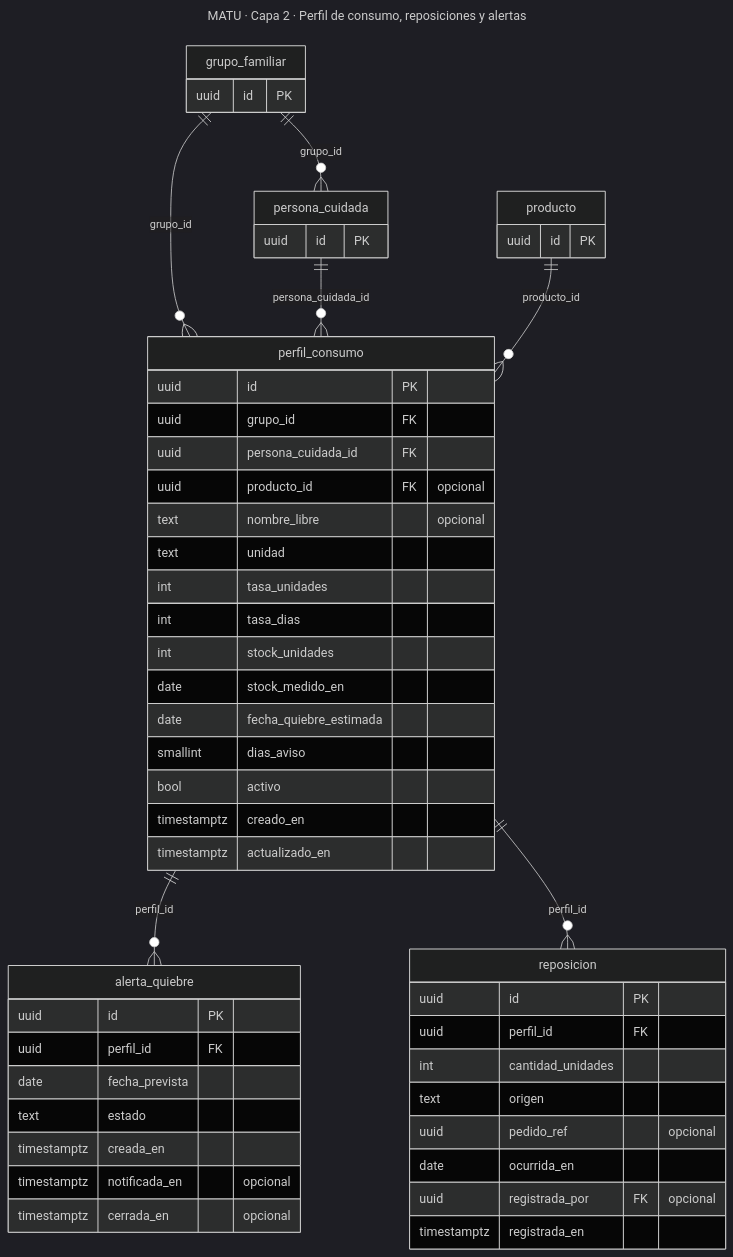
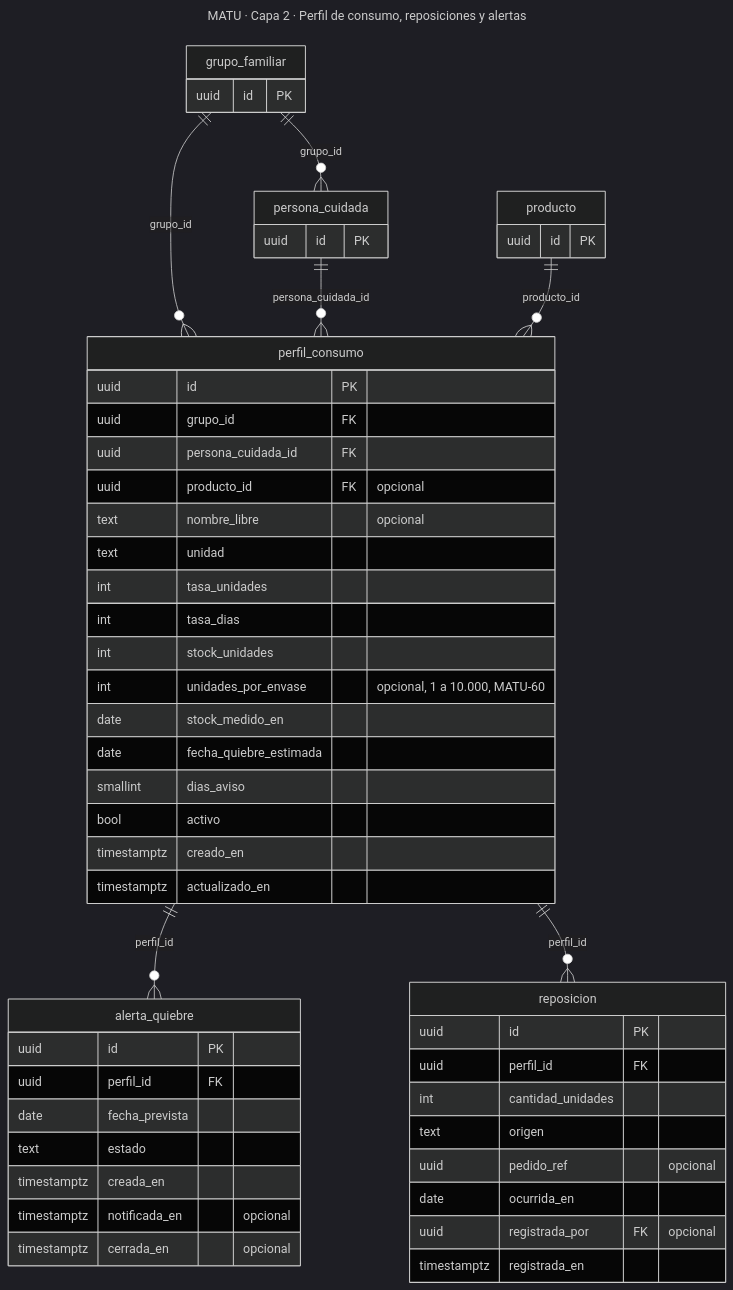
The fourth of 11 diagrams in docs/modelo-datos.md (MartinHenriquez131/MATU), drawn with Mermaid (dark theme) before and after one commit.

Commit message:
docs(modelo): perfil_consumo.unidades_por_envase, migración 0015 (MATU-60)

````diff
--- a/docs/modelo-datos.md
+++ b/docs/modelo-datos.md
@@ -375,57 +375,58 @@
 ```mermaid
 ---
 title: MATU · Capa 2 · Perfil de consumo, reposiciones y alertas
 ---
 erDiagram
     perfil_consumo ||--o{ alerta_quiebre : "perfil_id"
     grupo_familiar ||--o{ perfil_consumo : "grupo_id"
     persona_cuidada ||--o{ perfil_consumo : "persona_cuidada_id"
     producto ||--o{ perfil_consumo : "producto_id"
     grupo_familiar ||--o{ persona_cuidada : "grupo_id"
     perfil_consumo ||--o{ reposicion : "perfil_id"
     perfil_consumo {
         uuid id PK
         uuid grupo_id FK
         uuid persona_cuidada_id FK
         uuid producto_id FK "opcional"
         text nombre_libre "opcional"
         text unidad
         int tasa_unidades
         int tasa_dias
         int stock_unidades
+        int unidades_por_envase "opcional, 1 a 10.000, MATU-60"
         date stock_medido_en
         date fecha_quiebre_estimada
         smallint dias_aviso
         bool activo
         timestamptz creado_en
         timestamptz actualizado_en
     }
     reposicion {
         uuid id PK
         uuid perfil_id FK
         int cantidad_unidades
         text origen
         uuid pedido_ref "opcional"
         date ocurrida_en
         uuid registrada_por FK "opcional"
         timestamptz registrada_en
     }
     alerta_quiebre {
         uuid id PK
         uuid perfil_id FK
         date fecha_prevista
         text estado
         timestamptz creada_en
         timestamptz notificada_en "opcional"
         timestamptz cerrada_en "opcional"
     }
     persona_cuidada {
         uuid id PK
     }
     producto {
         uuid id PK
     }
     grupo_familiar {
         uuid id PK
     }
 ```
````
